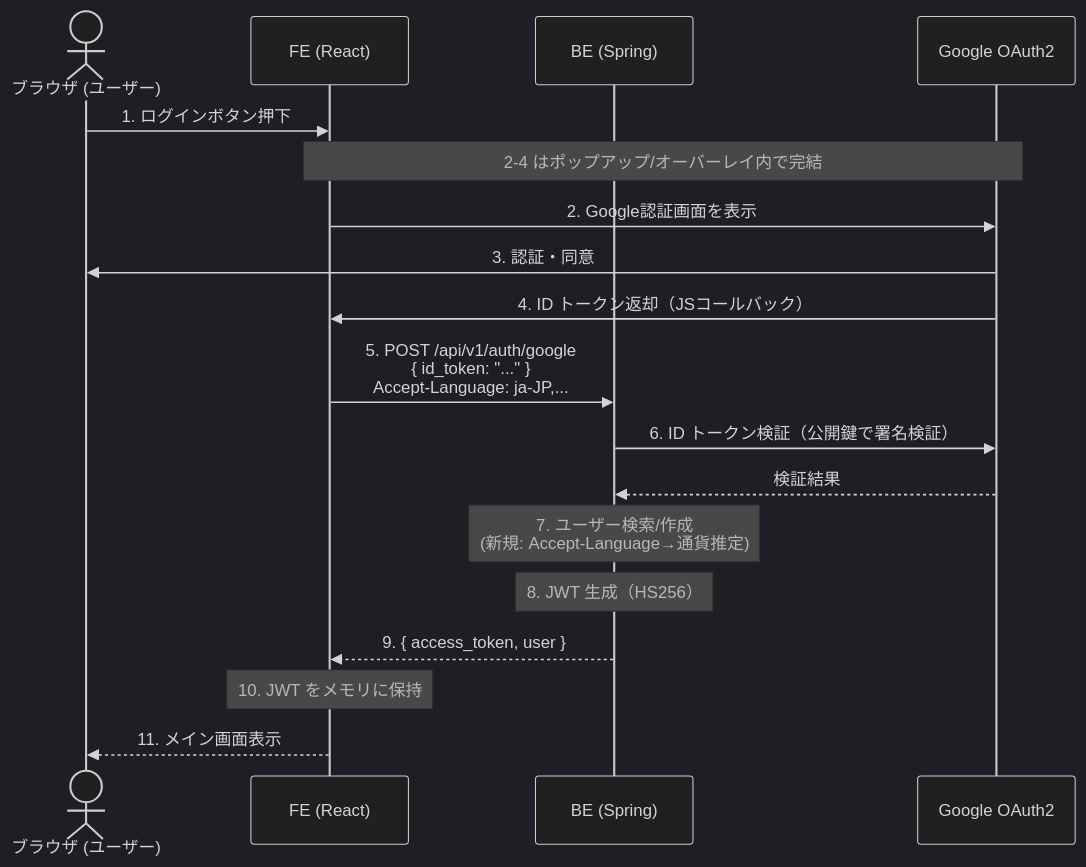
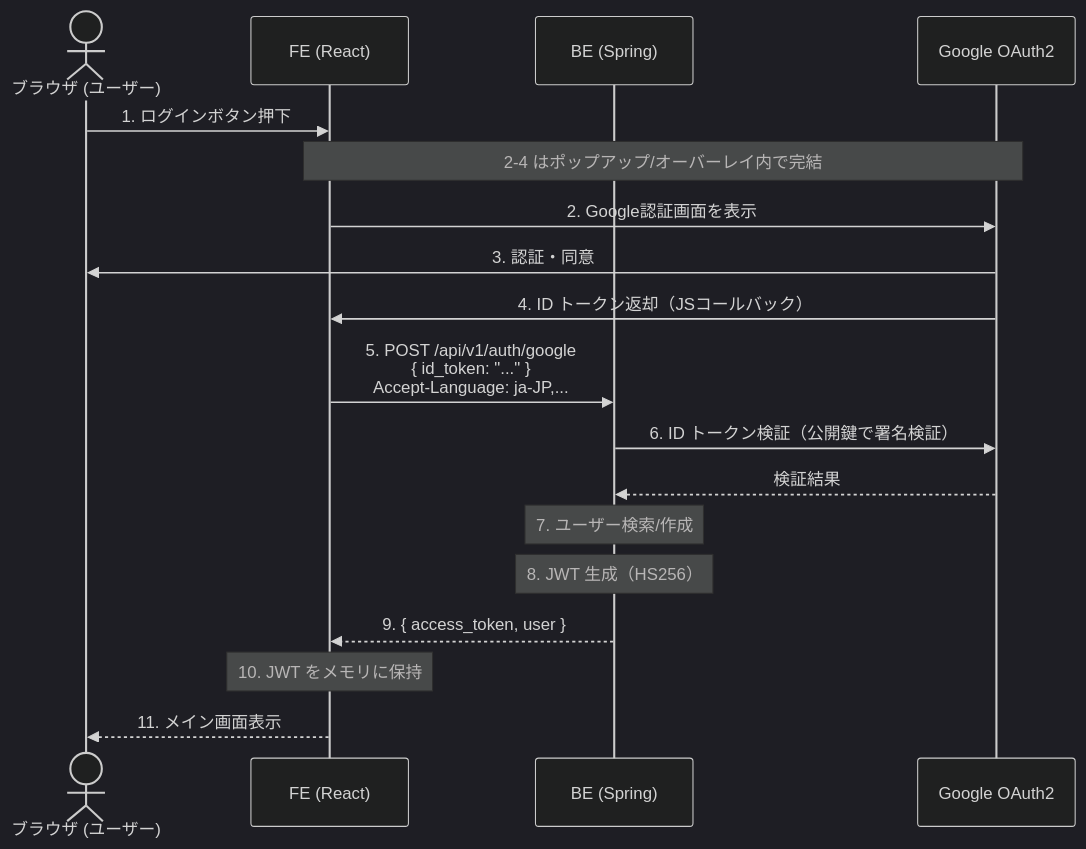
Before and after one commit to youmorry/expense-tracker: the diagram in docs/03-design/auth-design.md, drawn with Mermaid (dark theme). The commit also changed 3 other files, not shown here.

````diff
--- a/docs/03-design/auth-design.md
+++ b/docs/03-design/auth-design.md
@@ -12,21 +12,21 @@
 ```mermaid
 sequenceDiagram
     actor User as ブラウザ (ユーザー)
     participant FE as FE (React)
     participant BE as BE (Spring)
     participant Google as Google OAuth2
 
     User->>FE: 1. ログインボタン押下
     Note over FE,Google: 2-4 はポップアップ/オーバーレイ内で完結
     FE->>Google: 2. Google認証画面を表示
     Google->>User: 3. 認証・同意
     Google->>FE: 4. ID トークン返却（JSコールバック）
     FE->>BE: 5. POST /api/v1/auth/google<br>{ id_token: "..." }<br>Accept-Language: ja-JP,...
     BE->>Google: 6. ID トークン検証（公開鍵で署名検証）
     Google-->>BE: 検証結果
-    Note over BE: 7. ユーザー検索/作成<br>(新規: Accept-Language→通貨推定)
+    Note over BE: 7. ユーザー検索/作成
     Note over BE: 8. JWT 生成（HS256）
     BE-->>FE: 9. { access_token, user }
     Note over FE: 10. JWT をメモリに保持
     FE-->>User: 11. メイン画面表示
 ```
````
